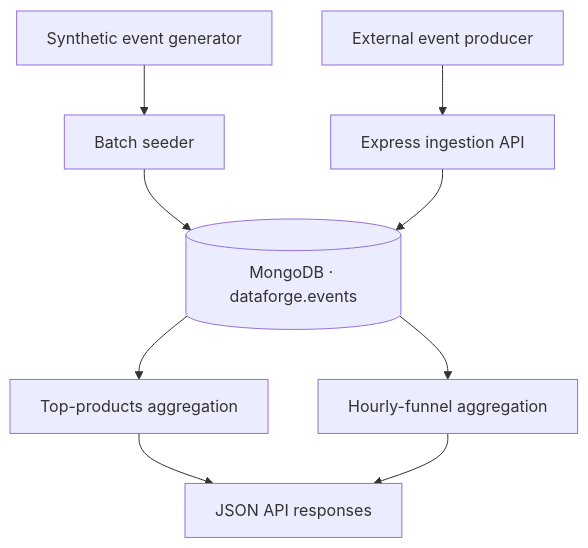
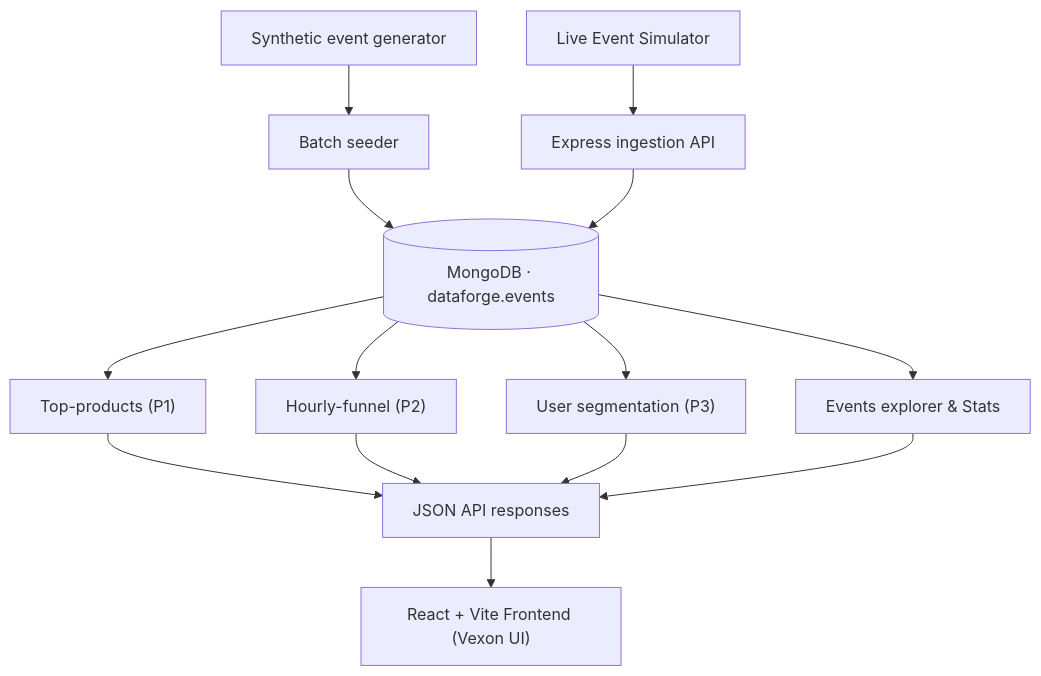
One commit to Gagann-09/DataForge changed the diagram in README.md. Above: the diagram before and after it, drawn with Mermaid. The commit also changed other lines of this file and 15 other files, not shown here.

````diff
--- a/README.md
+++ b/README.md
@@ -57,11 +58,13 @@
 ```mermaid
 flowchart TD
     A["Synthetic event generator"] --> B["Batch seeder"]
-    C["External event producer"] --> D["Express ingestion API"]
+    S["Live Event Simulator"] --> D["Express ingestion API"]
     B --> E[("MongoDB · dataforge.events")]
     D --> E
-    E --> F["Top-products aggregation"]
-    E --> G["Hourly-funnel aggregation"]
-    F --> H["JSON API responses"]
-    G --> H
+    E --> F["Top-products (P1)"]
+    E --> G["Hourly-funnel (P2)"]
+    E --> H["User segmentation (P3)"]
+    E --> I["Events explorer & Stats"]
+    F & G & H & I --> J["JSON API responses"]
+    J --> K["React + Vite Frontend (Vexon UI)"]
 ```
````
